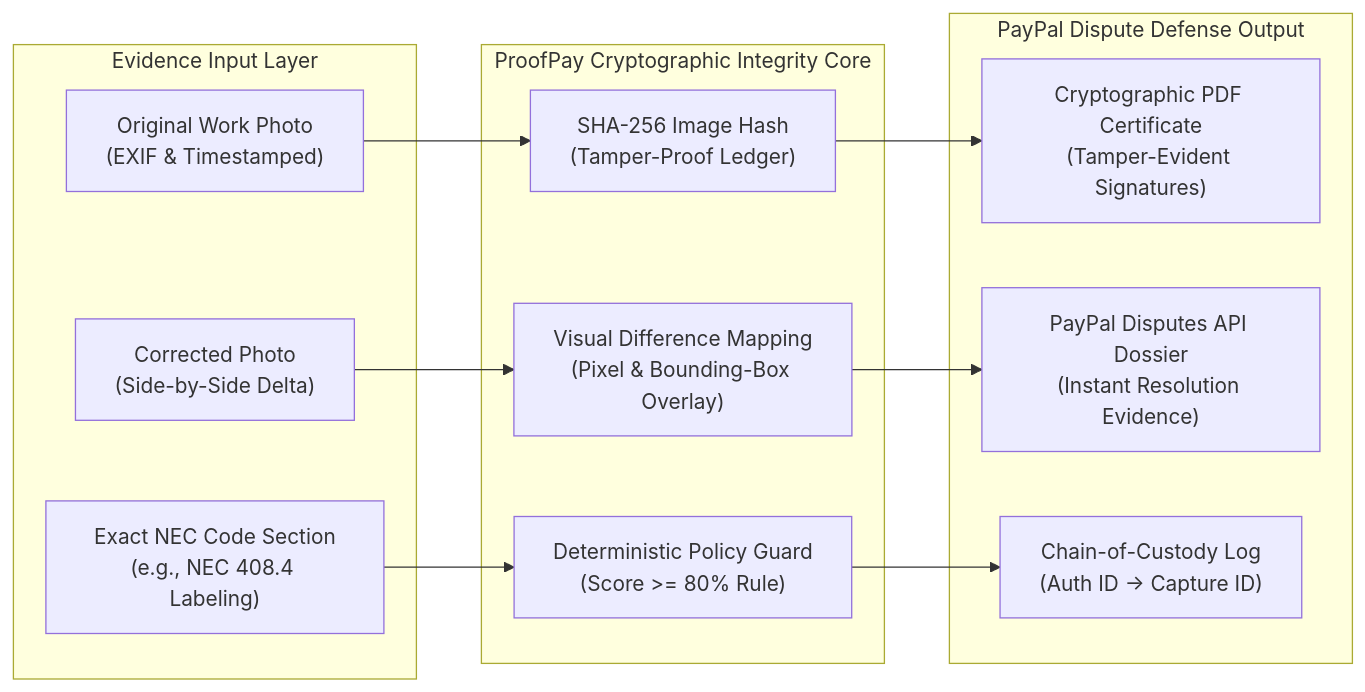
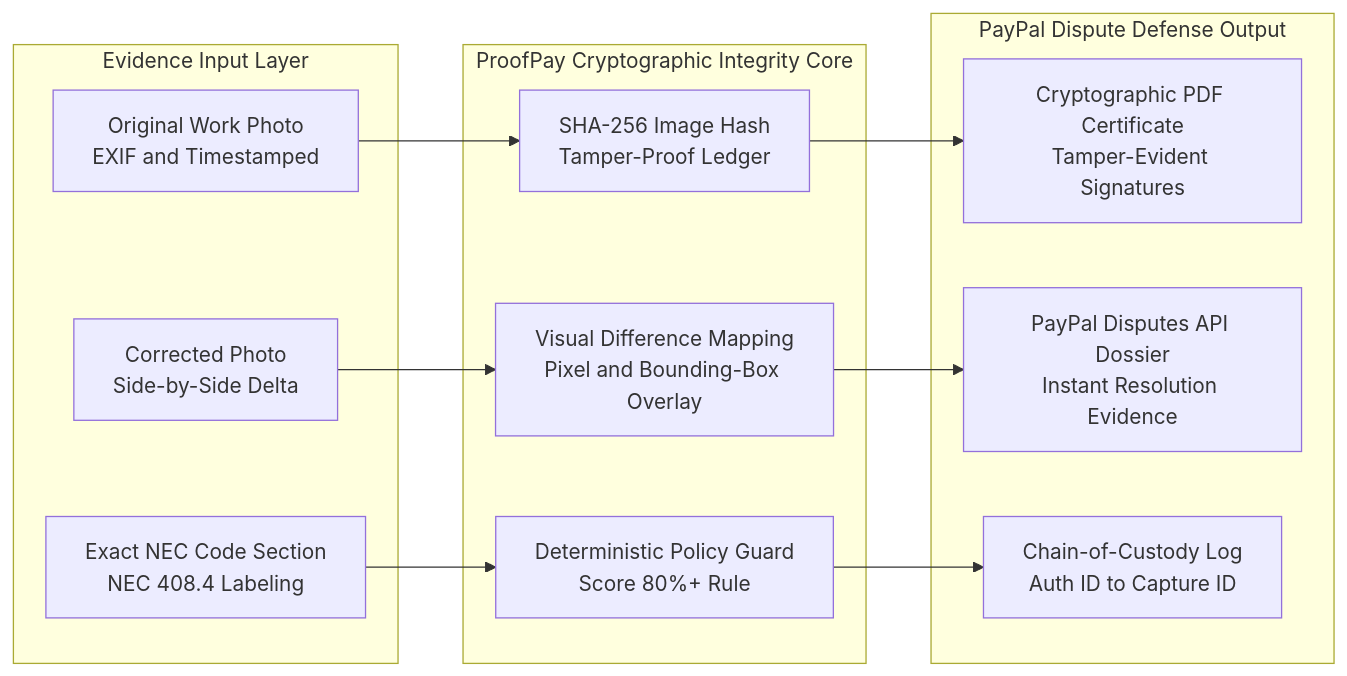
The fourth of 4 diagrams in README.md (Aarush-bigO/Proofpay), drawn with Mermaid before and after one commit. The commit also changed other lines of this file, not shown here.

Commit message:
fix(docs): resolve Mermaid syntax for GitHub rendering

````diff
--- a/README.md
+++ b/README.md
@@ -226,28 +226,28 @@
 ```mermaid
 flowchart LR
     subgraph EvidenceInput["Evidence Input Layer"]
-        PHOTO_ORIG["Original Work Photo<br/>(EXIF & Timestamped)"]
-        PHOTO_FIX["Corrected Photo<br/>(Side-by-Side Delta)"]
-        CITATION["Exact NEC Code Section<br/>(e.g., NEC 408.4 Labeling)"]
+        PHOTO_ORIG["Original Work Photo<br/>EXIF and Timestamped"]
+        PHOTO_FIX["Corrected Photo<br/>Side-by-Side Delta"]
+        CITATION["Exact NEC Code Section<br/>NEC 408.4 Labeling"]
     end
 
     subgraph ProofEngine["ProofPay Cryptographic Integrity Core"]
-        HASH["SHA-256 Image Hash<br/>(Tamper-Proof Ledger)"]
-        DIFF["Visual Difference Mapping<br/>(Pixel & Bounding-Box Overlay)"]
-        VERIFY["Deterministic Policy Guard<br/>(Score >= 80% Rule)"]
+        HASH["SHA-256 Image Hash<br/>Tamper-Proof Ledger"]
+        DIFF["Visual Difference Mapping<br/>Pixel and Bounding-Box Overlay"]
+        VERIFY["Deterministic Policy Guard<br/>Score 80%+ Rule"]
     end
 
     subgraph DefenseOutput["PayPal Dispute Defense Output"]
-        CERT["Cryptographic PDF Certificate<br/>(Tamper-Evident Signatures)"]
-        DOSSIER["PayPal Disputes API Dossier<br/>(Instant Resolution Evidence)"]
-        LEDGER["Chain-of-Custody Log<br/>(Auth ID -> Capture ID)"]
+        CERT["Cryptographic PDF Certificate<br/>Tamper-Evident Signatures"]
+        DOSSIER["PayPal Disputes API Dossier<br/>Instant Resolution Evidence"]
+        LEDGER["Chain-of-Custody Log<br/>Auth ID to Capture ID"]
     end
 
     PHOTO_ORIG --> HASH
     PHOTO_FIX --> DIFF
     CITATION --> VERIFY
     
     HASH --> CERT
     DIFF --> DOSSIER
     VERIFY --> LEDGER
 ```
````
